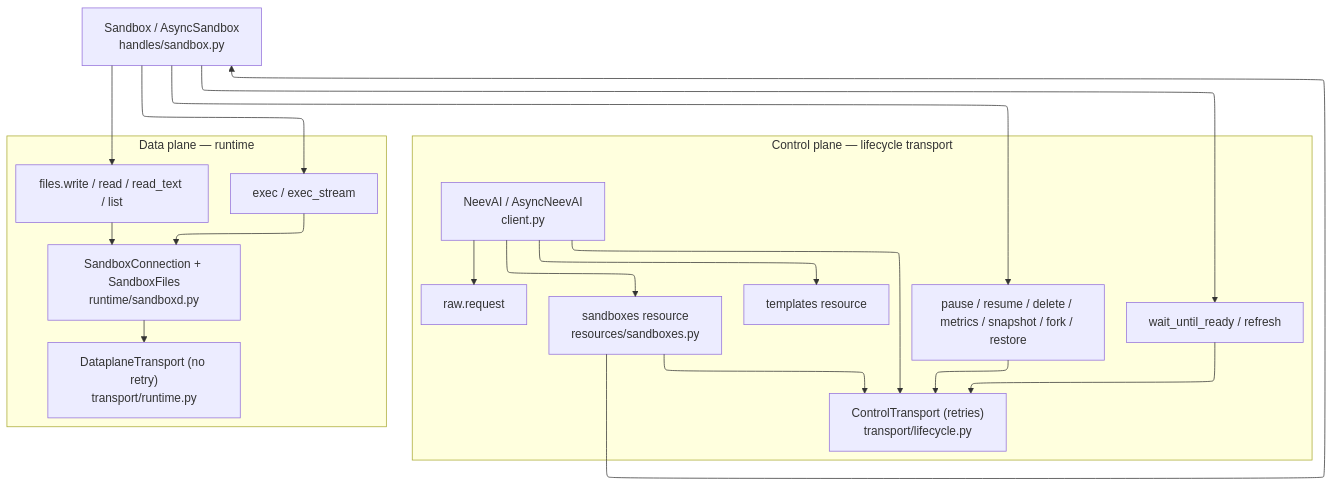
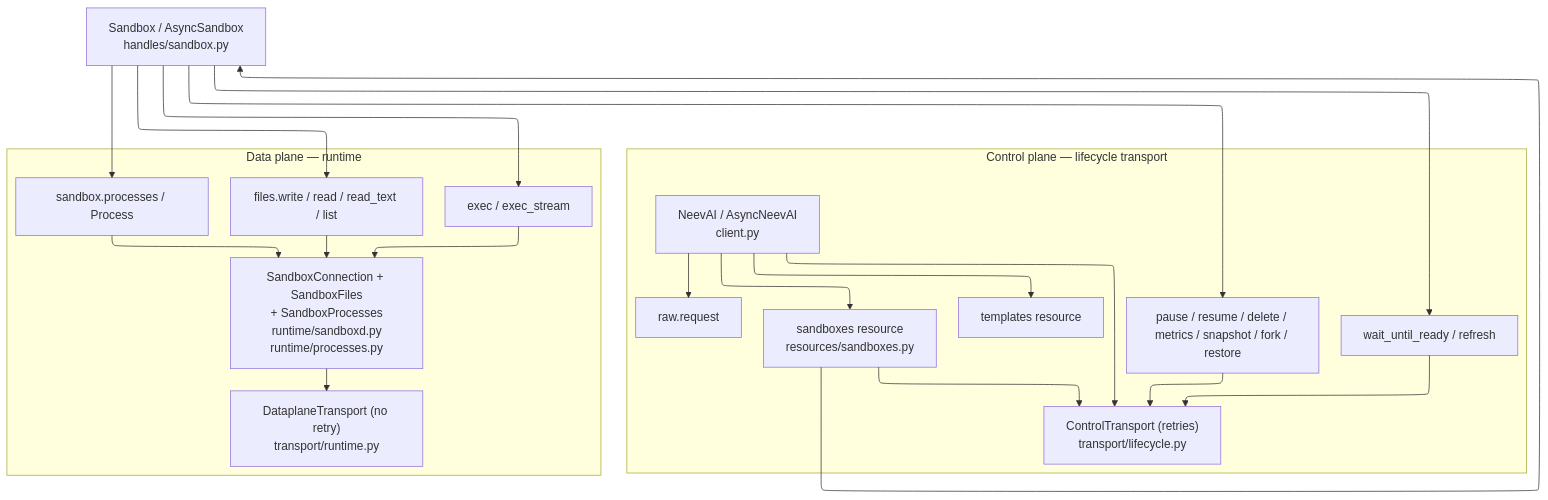
The second of 2 diagrams in docs/architecture.md (NeevCloudAI/neev-sdk-python), drawn with Mermaid before and after one commit. The commit also changed other lines of this file and 26 other files, not shown here.

First line of the commit message:
feat: add sandbox process supervisor and refresh docs

````diff
--- a/docs/architecture.md
+++ b/docs/architecture.md
@@ -122,30 +121,32 @@
 ```mermaid
 ---
 config:
   layout: elk
 ---
 flowchart TB
  subgraph controlPlane["Control plane — lifecycle transport"]
         NeevAI["NeevAI / AsyncNeevAI<br>client.py"]
         Sandboxes["sandboxes resource<br>resources/sandboxes.py"]
         Templates["templates resource"]
         Raw["raw.request"]
         Wait["wait_until_ready / refresh"]
         LifecycleOps["pause / resume / delete / metrics / snapshot / fork / restore"]
         LifecycleTransport["ControlTransport (retries)<br>transport/lifecycle.py"]
   end
  subgraph dataPlane["Data plane — runtime"]
         Exec["exec / exec_stream"]
         Files["files.write / read / read_text / list"]
-        Sandboxd["SandboxConnection + SandboxFiles<br>runtime/sandboxd.py"]
+        Processes["sandbox.processes / Process"]
+        Sandboxd["SandboxConnection + SandboxFiles<br>+ SandboxProcesses<br>runtime/sandboxd.py<br>runtime/processes.py"]
         RuntimeTransport["DataplaneTransport (no retry)<br>transport/runtime.py"]
   end
     NeevAI --> Sandboxes & Templates & Raw & LifecycleTransport
     Sandboxes --> SB["Sandbox / AsyncSandbox<br>handles/sandbox.py"] & LifecycleTransport
-    SB --> Wait & LifecycleOps & Exec & Files
+    SB --> Wait & LifecycleOps & Exec & Files & Processes
     Wait --> LifecycleTransport
     LifecycleOps --> LifecycleTransport
     Exec --> Sandboxd
     Files --> Sandboxd
+    Processes --> Sandboxd
     Sandboxd --> RuntimeTransport
 ```
````
